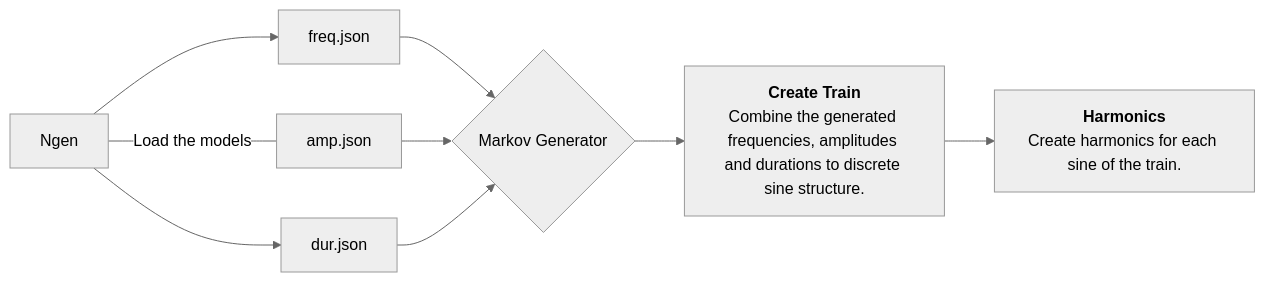
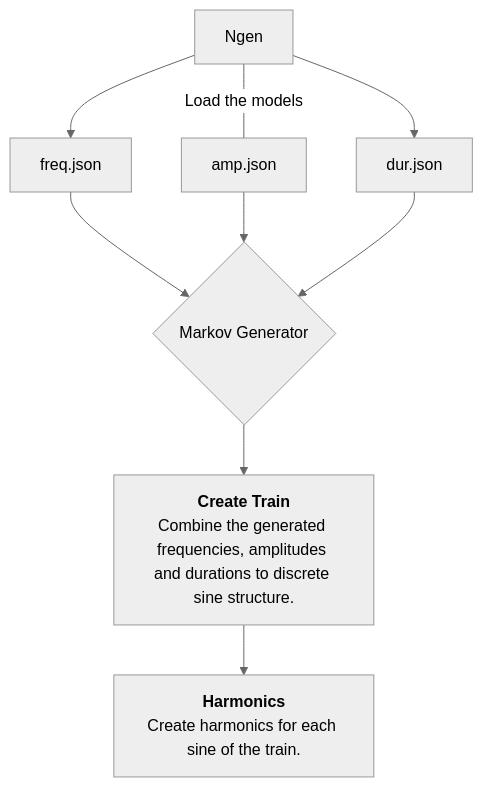
The diagram in docs/_posts/2024-08-19-markov-chains.md (bh90210/mlsic), drawn with Mermaid (neutral theme) before and after one commit.

````diff
--- a/docs/_posts/2024-08-19-markov-chains.md
+++ b/docs/_posts/2024-08-19-markov-chains.md
@@ -40,23 +40,23 @@
 ```mermaid
-flowchart LR
+flowchart TD
     a["Ngen"] -->
     c["freq.json"] --> 
     d{"Markov Generator"} -->
     g["`**Create Train**
     Combine the generated 
     frequencies, amplitudes and durations to discrete sine structure.`"]
     a -- Load the models ---
     e["amp.json"] -->
     d
     g
 
     
     a --> 
     h["dur.json"] -->
     d
     g
 
     g -->
     k["`**Harmonics**
     Create harmonics for each sine of the train.`"]
 ```
````
